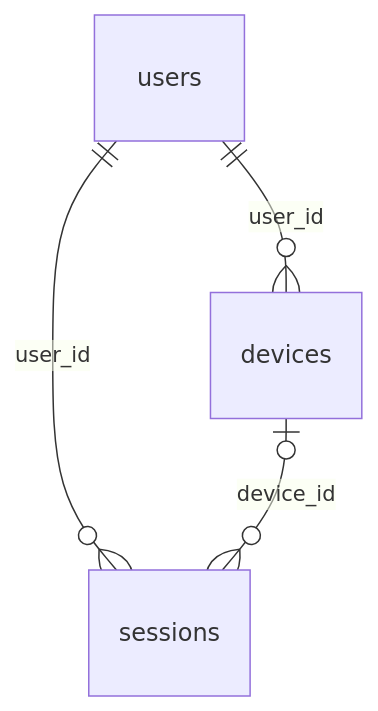
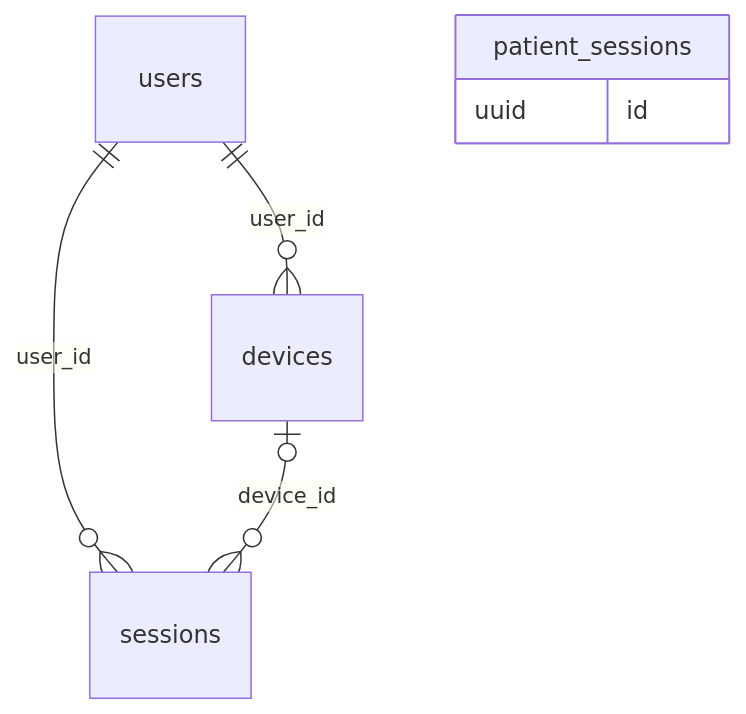
The third of 13 diagrams in docs/database.md (sakalyatechnologies/aarogyam), drawn with Mermaid before and after one commit. The commit also changed other lines of this file and 21 other files, not shown here.

````diff
--- a/docs/database.md
+++ b/docs/database.md
@@ -432,6 +433,9 @@
 ```mermaid
 erDiagram
   users ||--o{ sessions : "user_id"
   devices |o--o{ sessions : "device_id"
   users ||--o{ devices : "user_id"
+  patient_sessions {
+    uuid id
+  }
 ```
````
